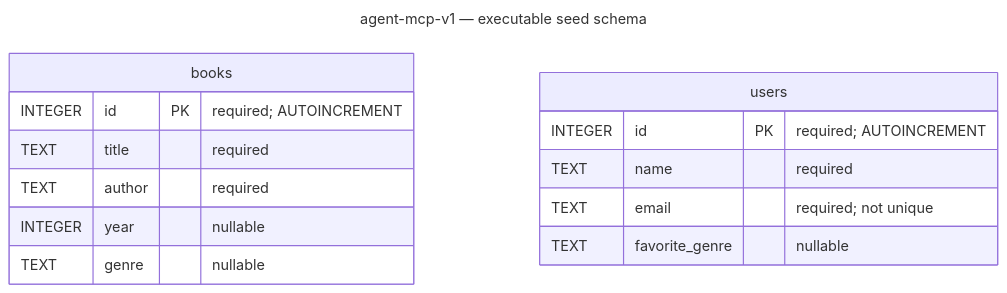
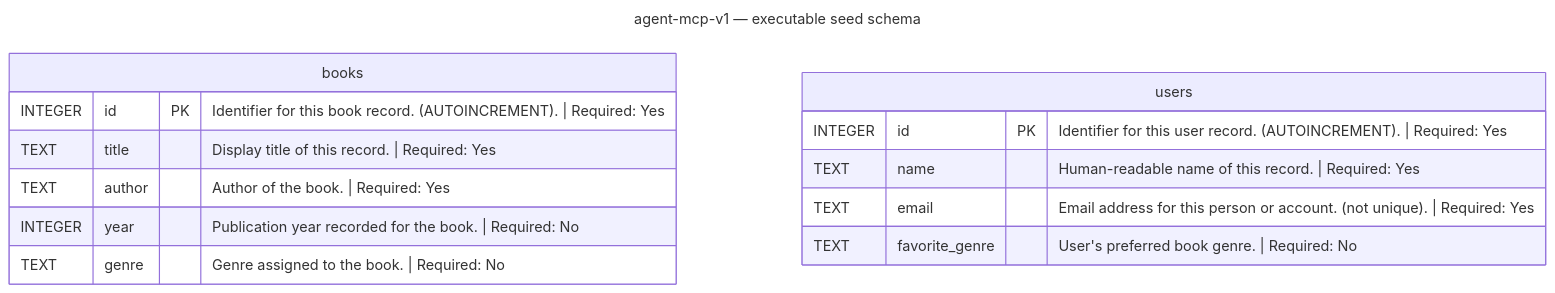
One commit to kwheeler27/agent-mcp-v1 changed the diagram in docs/diagrams/erd.mmd. Above: the diagram before and after it, drawn with Mermaid. The commit also changed 6 other files, not shown here.

Commit message:
docs: describe ERD fields and standardize table columns

```diff
--- a/docs/diagrams/erd.mmd
+++ b/docs/diagrams/erd.mmd
@@ -1,17 +1,17 @@
 ---
 title: agent-mcp-v1 — executable seed schema
 ---
 erDiagram
   books {
-    INTEGER id PK "required; AUTOINCREMENT"
-    TEXT title "required"
-    TEXT author "required"
-    INTEGER year "nullable"
-    TEXT genre "nullable"
+    INTEGER id PK "Identifier for this book record. (AUTOINCREMENT). | Required: Yes"
+    TEXT title "Display title of this record. | Required: Yes"
+    TEXT author "Author of the book. | Required: Yes"
+    INTEGER year "Publication year recorded for the book. | Required: No"
+    TEXT genre "Genre assigned to the book. | Required: No"
   }
   users {
-    INTEGER id PK "required; AUTOINCREMENT"
-    TEXT name "required"
-    TEXT email "required; not unique"
-    TEXT favorite_genre "nullable"
+    INTEGER id PK "Identifier for this user record. (AUTOINCREMENT). | Required: Yes"
+    TEXT name "Human-readable name of this record. | Required: Yes"
+    TEXT email "Email address for this person or account. (not unique). | Required: Yes"
+    TEXT favorite_genre "User's preferred book genre. | Required: No"
   }
```
